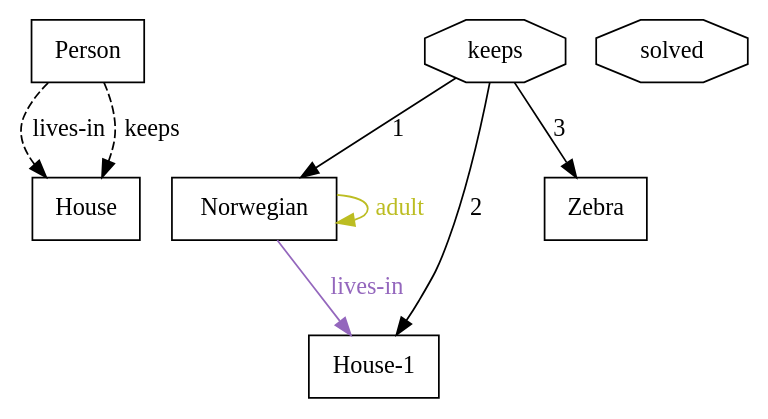
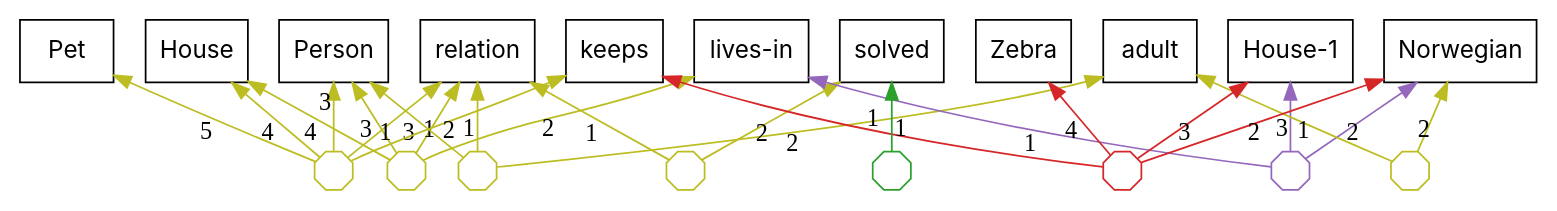
One commit to agutikov/ein changed the diagram in docs/ein/user/03-syntax-and-semantics/diagrams/02-program-as-written.dot. Above: the diagram before and after it, drawn with Graphviz. The commit also changed 254 other files, not shown here.

```diff
--- a/docs/ein/user/03-syntax-and-semantics/diagrams/02-program-as-written.dot
+++ b/docs/ein/user/03-syntax-and-semantics/diagrams/02-program-as-written.dot
@@ -1,17 +1,37 @@
-digraph ontology {
+digraph kb {
+  rankdir=BT;
   ranksep=0.55;
-  "Person" [shape=box];
-  "House" [shape=box];
-  "Norwegian" [shape=rectangle];
-  "House-1" [shape=rectangle];
-  "h_1_keeps" [shape=octagon, label="keeps"];
-  "Zebra" [shape=rectangle];
-  "h_2_solved" [shape=octagon, label="solved"];
-  "Person" -> "House" [label="lives-in", style=dashed];
-  "Person" -> "House" [label="keeps", style=dashed];
-  "Norwegian" -> "House-1" [label="lives-in", color="#9467bd", fontcolor="#9467bd", style=solid];
-  "Norwegian" -> "Norwegian" [label="adult", color="#bcbd22", fontcolor="#bcbd22", style=solid];
-  "h_1_keeps" -> "Norwegian" [label="1"];
-  "h_1_keeps" -> "House-1" [label="2"];
-  "h_1_keeps" -> "Zebra" [label="3"];
+  node [fontname="Inter", shape=box];
+  f_37791a66b1 [shape=octagon, label="", width=0.3, height=0.3, fixedsize=true, color="#bcbd22", fontcolor="#bcbd22", style=solid];
+  f_37791a66b1 -> "relation" [xlabel="1", color="#bcbd22", style=solid];
+  f_37791a66b1 -> "lives-in" [xlabel="2", color="#bcbd22", style=solid];
+  f_37791a66b1 -> "Person" [xlabel="3", color="#bcbd22", style=solid];
+  f_37791a66b1 -> "House" [xlabel="4", color="#bcbd22", style=solid];
+  f_c7d7a79813 [shape=octagon, label="", width=0.3, height=0.3, fixedsize=true, color="#bcbd22", fontcolor="#bcbd22", style=solid];
+  f_c7d7a79813 -> "relation" [xlabel="1", color="#bcbd22", style=solid];
+  f_c7d7a79813 -> "adult" [xlabel="2", color="#bcbd22", style=solid];
+  f_c7d7a79813 -> "Person" [xlabel="3", color="#bcbd22", style=solid];
+  f_c19a3b2aac [shape=octagon, label="", width=0.3, height=0.3, fixedsize=true, color="#bcbd22", fontcolor="#bcbd22", style=solid];
+  f_c19a3b2aac -> "relation" [xlabel="1", color="#bcbd22", style=solid];
+  f_c19a3b2aac -> "keeps" [xlabel="2", color="#bcbd22", style=solid];
+  f_c19a3b2aac -> "Person" [xlabel="3", color="#bcbd22", style=solid];
+  f_c19a3b2aac -> "House" [xlabel="4", color="#bcbd22", style=solid];
+  f_c19a3b2aac -> "Pet" [xlabel="5", color="#bcbd22", style=solid];
+  f_189966b82d [shape=octagon, label="", width=0.3, height=0.3, fixedsize=true, color="#bcbd22", fontcolor="#bcbd22", style=solid];
+  f_189966b82d -> "relation" [xlabel="1", color="#bcbd22", style=solid];
+  f_189966b82d -> "solved" [xlabel="2", color="#bcbd22", style=solid];
+  f_ba78d8e6bc [shape=octagon, label="", width=0.3, height=0.3, fixedsize=true, color="#9467bd", fontcolor="#9467bd", style=solid];
+  f_ba78d8e6bc -> "lives-in" [xlabel="1", color="#9467bd", style=solid];
+  f_ba78d8e6bc -> "Norwegian" [xlabel="2", color="#9467bd", style=solid];
+  f_ba78d8e6bc -> "House-1" [xlabel="3", color="#9467bd", style=solid];
+  f_f24a1b9ad4 [shape=octagon, label="", width=0.3, height=0.3, fixedsize=true, color="#bcbd22", fontcolor="#bcbd22", style=solid];
+  f_f24a1b9ad4 -> "adult" [xlabel="1", color="#bcbd22", style=solid];
+  f_f24a1b9ad4 -> "Norwegian" [xlabel="2", color="#bcbd22", style=solid];
+  f_81cc97aa67 [shape=octagon, label="", width=0.3, height=0.3, fixedsize=true, color="#d62728", fontcolor="#d62728", style=solid];
+  f_81cc97aa67 -> "keeps" [xlabel="1", color="#d62728", style=solid];
+  f_81cc97aa67 -> "Norwegian" [xlabel="2", color="#d62728", style=solid];
+  f_81cc97aa67 -> "House-1" [xlabel="3", color="#d62728", style=solid];
+  f_81cc97aa67 -> "Zebra" [xlabel="4", color="#d62728", style=solid];
+  f_c08e9231d4 [shape=octagon, label="", width=0.3, height=0.3, fixedsize=true, color="#2ca02c", fontcolor="#2ca02c", style=solid];
+  f_c08e9231d4 -> "solved" [xlabel="1", color="#2ca02c", style=solid];
 }
```
